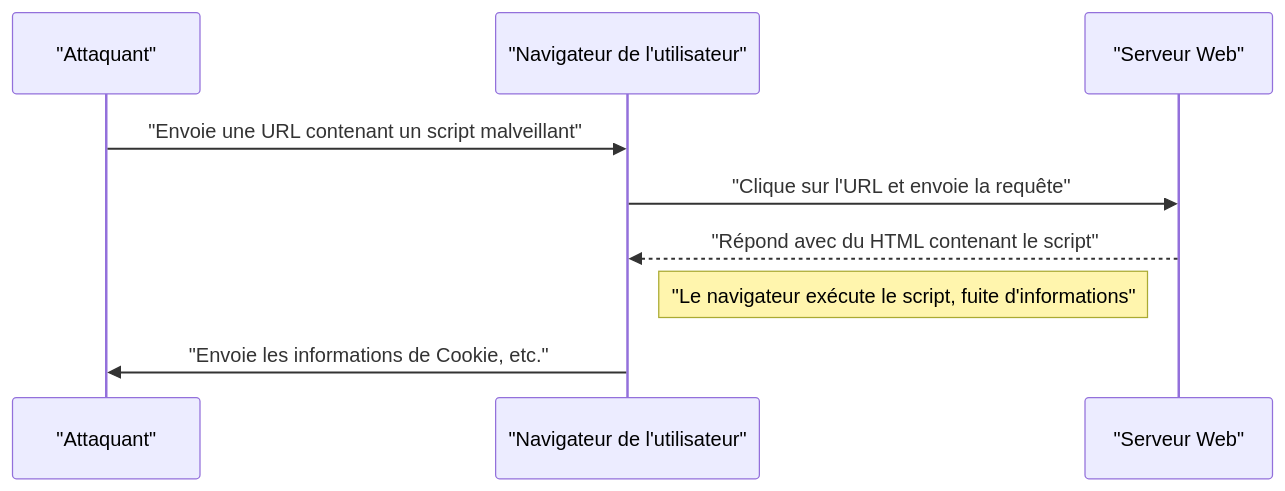
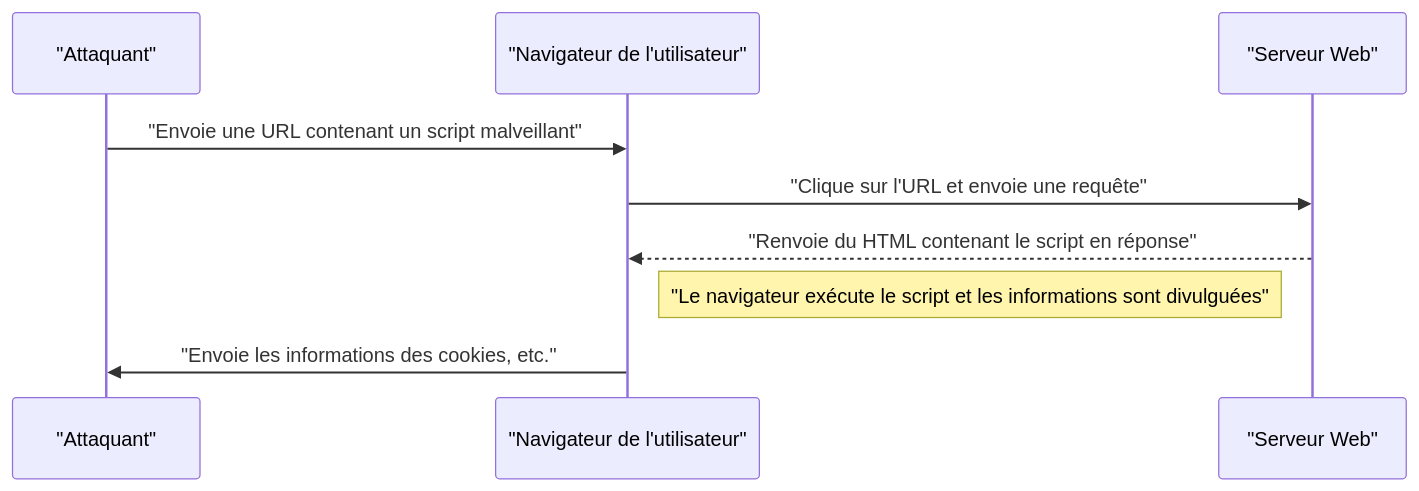
Before and after one commit to kenjinote/blog: the first of 2 diagrams in content/post/web-application-vulnerability-owasp-top-10/index.fr.md, drawn with Mermaid. The commit also changed other lines of this file and 12 other files, not shown here.

````diff
--- a/content/post/web-application-vulnerability-owasp-top-10/index.fr.md
+++ b/content/post/web-application-vulnerability-owasp-top-10/index.fr.md
@@ -170,12 +170,12 @@
 ```mermaid
 sequenceDiagram
     participant "Attaquant"
     participant "Navigateur de l'utilisateur"
     participant "Serveur Web"
 
     "Attaquant"->>"Navigateur de l'utilisateur": "Envoie une URL contenant un script malveillant"
-    "Navigateur de l'utilisateur"->>"Serveur Web": "Clique sur l'URL et envoie la requête"
-    "Serveur Web"-->>"Navigateur de l'utilisateur": "Répond avec du HTML contenant le script"
-    Note right of "Navigateur de l'utilisateur": "Le navigateur exécute le script, fuite d'informations"
-    "Navigateur de l'utilisateur"->>"Attaquant": "Envoie les informations de Cookie, etc."
+    "Navigateur de l'utilisateur"->>"Serveur Web": "Clique sur l'URL et envoie une requête"
+    "Serveur Web"-->>"Navigateur de l'utilisateur": "Renvoie du HTML contenant le script en réponse"
+    Note right of "Navigateur de l'utilisateur": "Le navigateur exécute le script et les informations sont divulguées"
+    "Navigateur de l'utilisateur"->>"Attaquant": "Envoie les informations des cookies, etc."
 ```
````
